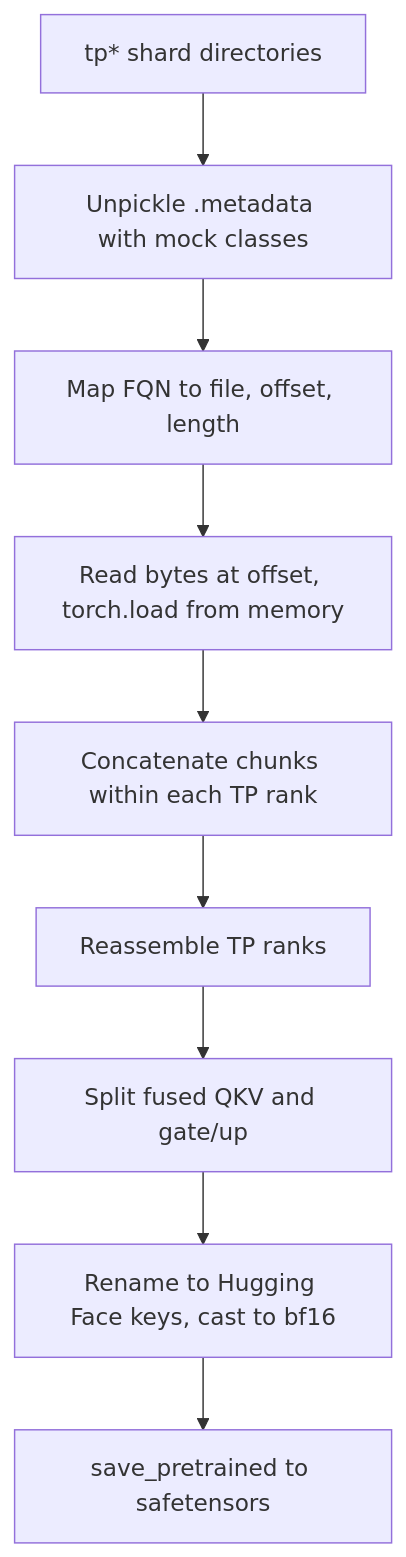
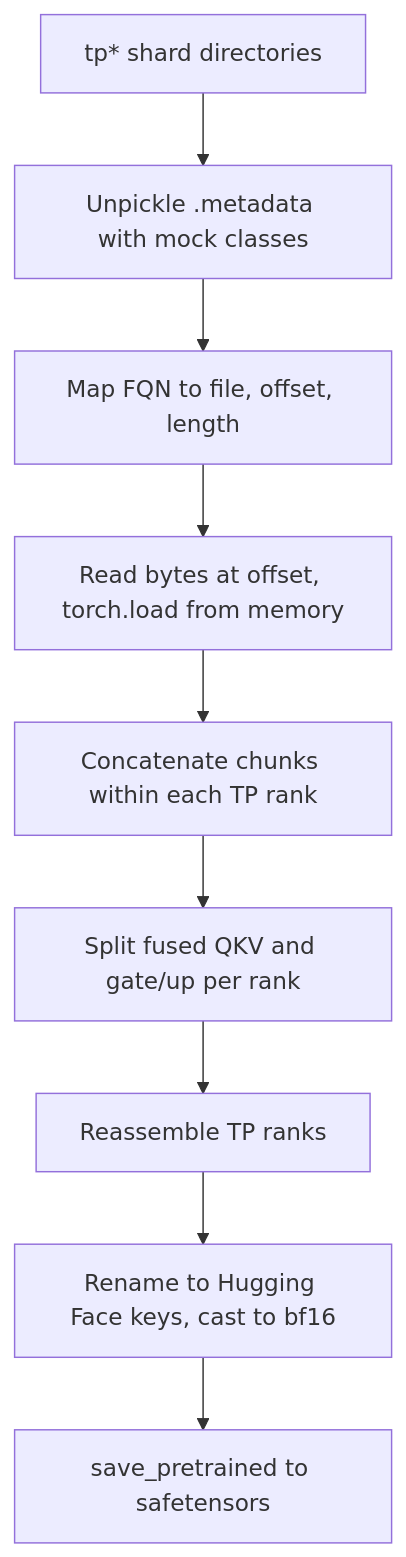
One commit to GonzaloFuentes1/llama3-70b-dcp-to-hf changed the diagram in README.md. Above: the diagram before and after it, drawn with Mermaid. The commit also changed other lines of this file, not shown here.

Commit message:
docs: clarify fallback and qkv mismatch behaviour in readme

````diff
--- a/README.md
+++ b/README.md
@@ -80,11 +80,11 @@
 ```mermaid
 graph TD
     A[tp* shard directories] --> B[Unpickle .metadata with mock classes]
     B --> C[Map FQN to file, offset, length]
     C --> D[Read bytes at offset, torch.load from memory]
     D --> E[Concatenate chunks within each TP rank]
-    E --> F[Reassemble TP ranks]
-    F --> G[Split fused QKV and gate/up]
+    E --> F[Split fused QKV and gate/up per rank]
+    F --> G[Reassemble TP ranks]
     G --> H[Rename to Hugging Face keys, cast to bf16]
     H --> I[save_pretrained to safetensors]
 ```
````
